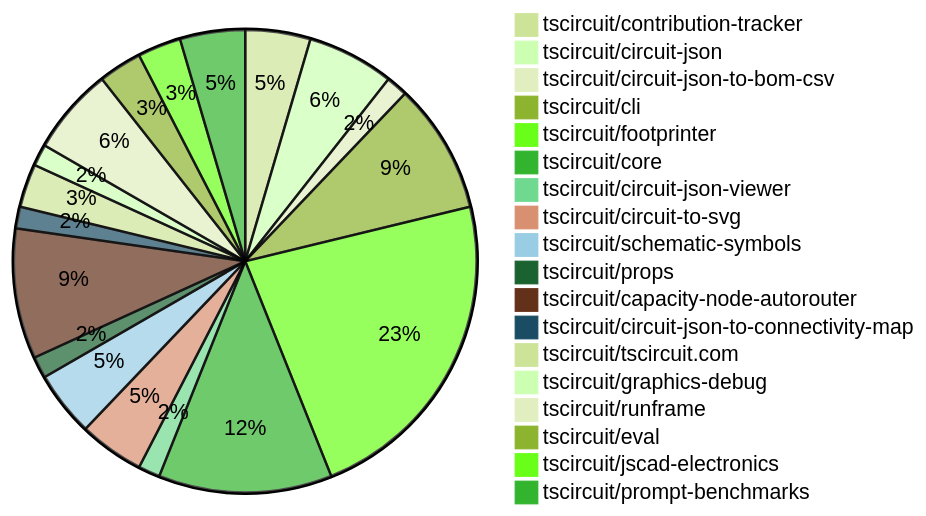
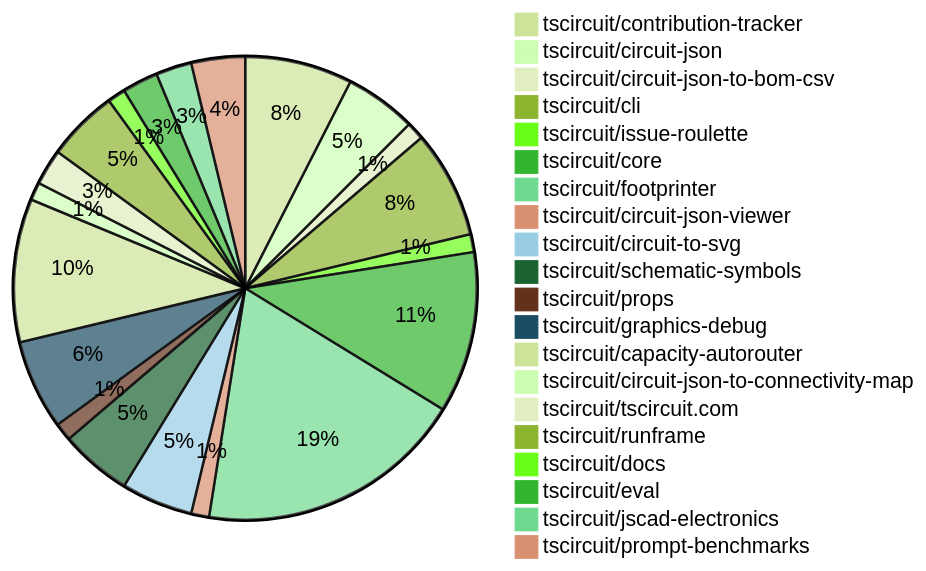
Before and after one commit to tscircuit/contribution-tracker: the diagram in README.md, drawn with Mermaid (forest theme). The commit also changed other lines of this file and 2 other files, not shown here.

Commit message:
Update contribution overviews

````diff
--- a/README.md
+++ b/README.md
@@ -24,21 +24,23 @@
 ```mermaid
 pie
-    "tscircuit/contribution-tracker" : 3
+    "tscircuit/contribution-tracker" : 6
     "tscircuit/circuit-json" : 4
     "tscircuit/circuit-json-to-bom-csv" : 1
     "tscircuit/cli" : 6
+    "tscircuit/issue-roulette" : 1
+    "tscircuit/core" : 9
     "tscircuit/footprinter" : 15
-    "tscircuit/core" : 8
     "tscircuit/circuit-json-viewer" : 1
-    "tscircuit/circuit-to-svg" : 3
-    "tscircuit/schematic-symbols" : 3
+    "tscircuit/circuit-to-svg" : 4
+    "tscircuit/schematic-symbols" : 4
     "tscircuit/props" : 1
-    "tscircuit/capacity-node-autorouter" : 6
+    "tscircuit/graphics-debug" : 5
+    "tscircuit/capacity-autorouter" : 8
     "tscircuit/circuit-json-to-connectivity-map" : 1
     "tscircuit/tscircuit.com" : 2
-    "tscircuit/graphics-debug" : 1
     "tscircuit/runframe" : 4
+    "tscircuit/docs" : 1
     "tscircuit/eval" : 2
     "tscircuit/jscad-electronics" : 2
     "tscircuit/prompt-benchmarks" : 3
 ```
````
